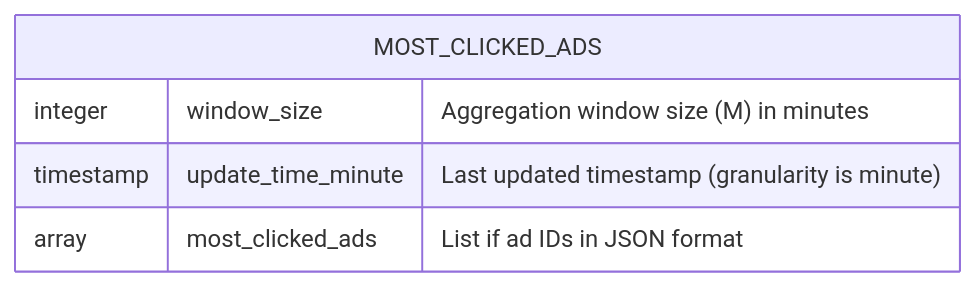
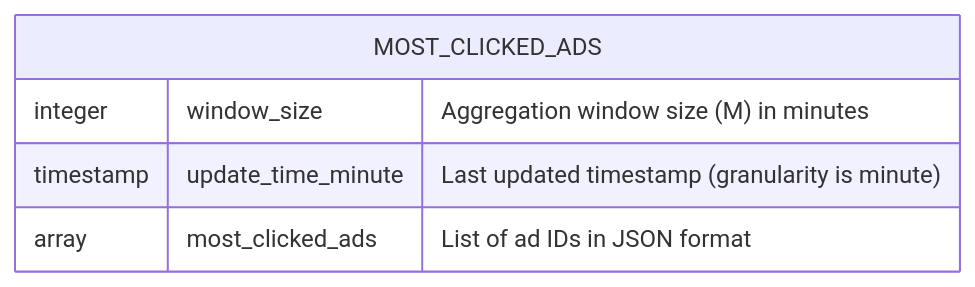
The diagram in system-design/interview2/06-ad-click-event-aggregation.md (giwankim/til), drawn with Mermaid before and after one commit. The commit also changed other lines of this file and 50 other files, not shown here.

````diff
--- a/system-design/interview2/06-ad-click-event-aggregation.md
+++ b/system-design/interview2/06-ad-click-event-aggregation.md
@@ -104,8 +104,8 @@
 ```mermaid
 erDiagram
     MOST_CLICKED_ADS {
         integer window_size "Aggregation window size (M) in minutes"
         timestamp update_time_minute "Last updated timestamp (granularity is minute)"
-        array most_clicked_ads "List if ad IDs in JSON format"
+        array most_clicked_ads "List of ad IDs in JSON format"
     }
 ```
````
